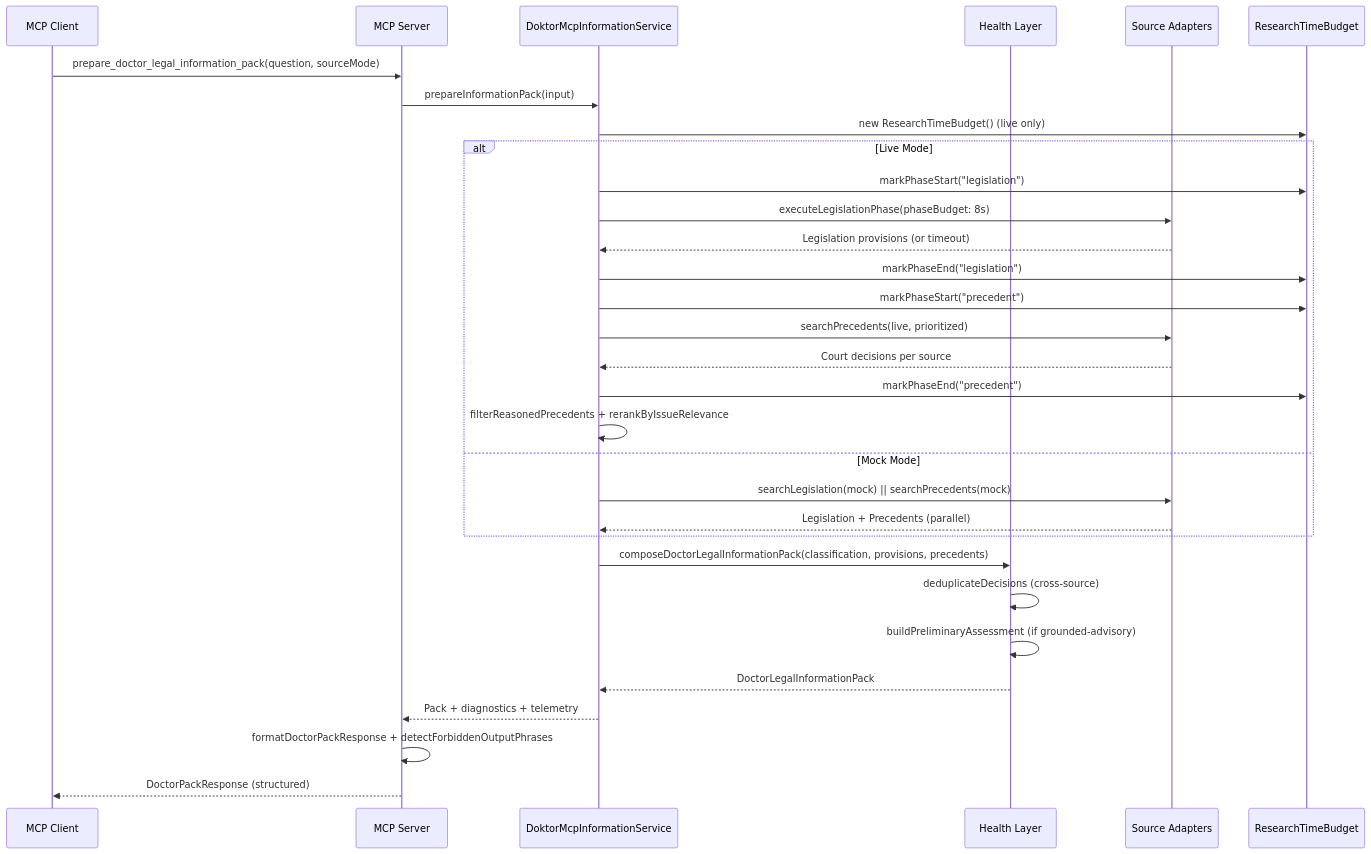
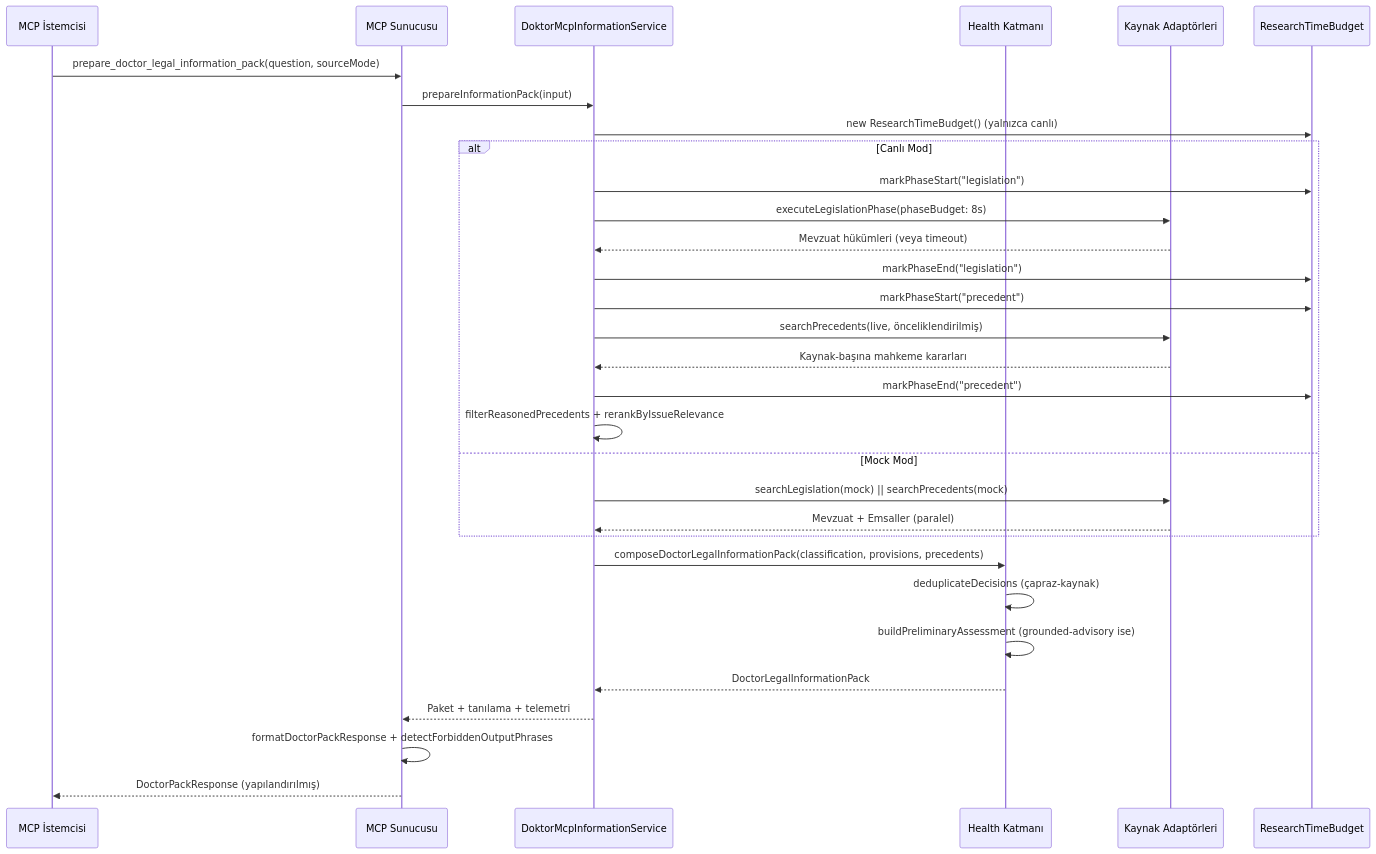
Before and after one commit to brachindul/doktor-mcp: the second of 2 diagrams in docs/ARCHITECTURE.md, drawn with Mermaid. The commit also changed other lines of this file and 3 other files, not shown here.

Commit message:
docs(i18n): translate ARCHITECTURE, LIVE_SOURCE_CALIBRATION, PACK_AUDIT, SECURITY_REVIEW to Turkish

````diff
--- a/docs/ARCHITECTURE.md
+++ b/docs/ARCHITECTURE.md
@@ -68,39 +68,39 @@
 ```mermaid
 sequenceDiagram
-    participant Client as MCP Client
-    participant Server as MCP Server
+    participant Client as MCP İstemcisi
+    participant Server as MCP Sunucusu
     participant Service as DoktorMcpInformationService
-    participant Health as Health Layer
-    participant Sources as Source Adapters
+    participant Health as Health Katmanı
+    participant Sources as Kaynak Adaptörleri
     participant Budget as ResearchTimeBudget
 
     Client->>Server: prepare_doctor_legal_information_pack(question, sourceMode)
     Server->>Service: prepareInformationPack(input)
-    Service->>Budget: new ResearchTimeBudget() (live only)
+    Service->>Budget: new ResearchTimeBudget() (yalnızca canlı)
 
-    alt Live Mode
+    alt Canlı Mod
         Service->>Budget: markPhaseStart("legislation")
         Service->>Sources: executeLegislationPhase(phaseBudget: 8s)
-        Sources-->>Service: Legislation provisions (or timeout)
+        Sources-->>Service: Mevzuat hükümleri (veya timeout)
         Service->>Budget: markPhaseEnd("legislation")
 
         Service->>Budget: markPhaseStart("precedent")
-        Service->>Sources: searchPrecedents(live, prioritized)
-        Sources-->>Service: Court decisions per source
+        Service->>Sources: searchPrecedents(live, önceliklendirilmiş)
+        Sources-->>Service: Kaynak-başına mahkeme kararları
         Service->>Budget: markPhaseEnd("precedent")
 
         Service->>Service: filterReasonedPrecedents + rerankByIssueRelevance
-    else Mock Mode
+    else Mock Mod
         Service->>Sources: searchLegislation(mock) || searchPrecedents(mock)
-        Sources-->>Service: Legislation + Precedents (parallel)
+        Sources-->>Service: Mevzuat + Emsaller (paralel)
     end
 
     Service->>Health: composeDoctorLegalInformationPack(classification, provisions, precedents)
-    Health->>Health: deduplicateDecisions (cross-source)
-    Health->>Health: buildPreliminaryAssessment (if grounded-advisory)
+    Health->>Health: deduplicateDecisions (çapraz-kaynak)
+    Health->>Health: buildPreliminaryAssessment (grounded-advisory ise)
     Health-->>Service: DoctorLegalInformationPack
 
-    Service-->>Server: Pack + diagnostics + telemetry
+    Service-->>Server: Paket + tanılama + telemetri
     Server->>Server: formatDoctorPackResponse + detectForbiddenOutputPhrases
-    Server-->>Client: DoctorPackResponse (structured)
+    Server-->>Client: DoctorPackResponse (yapılandırılmış)
 ```
````
